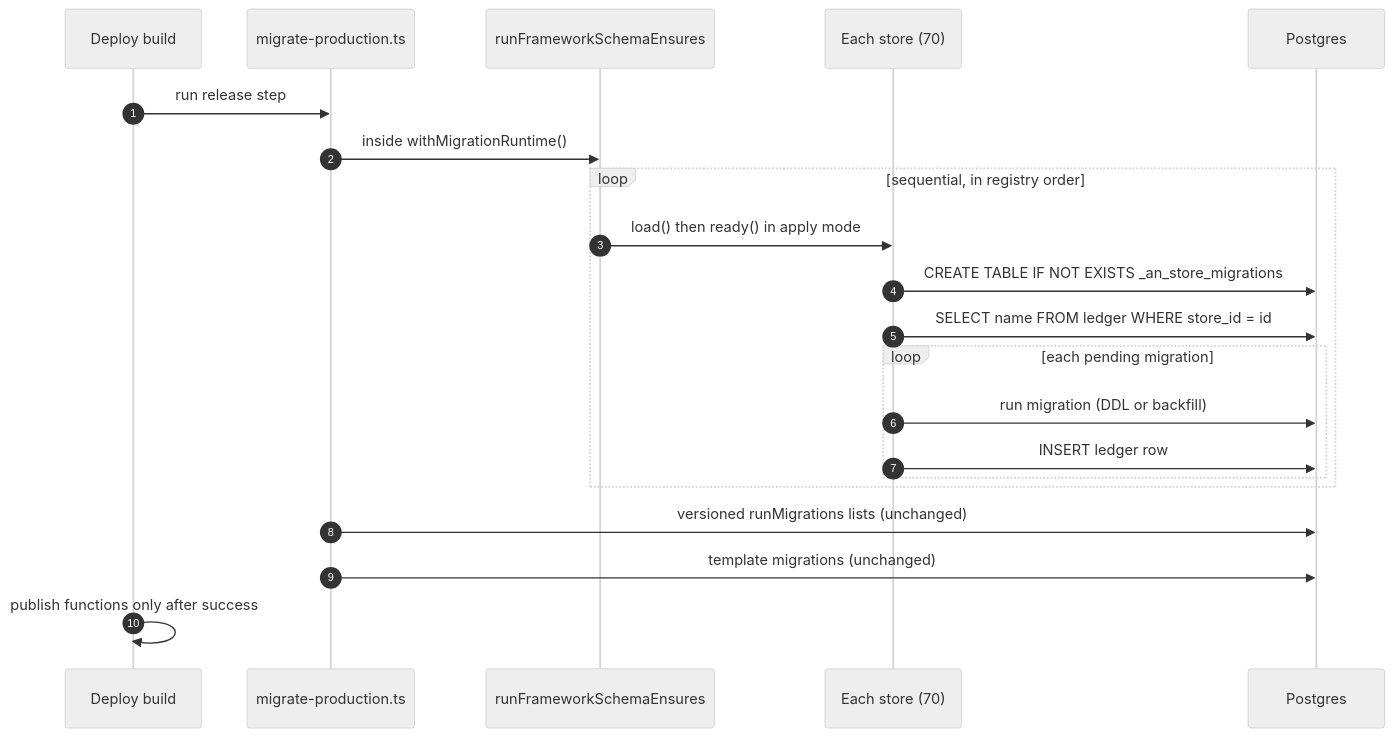
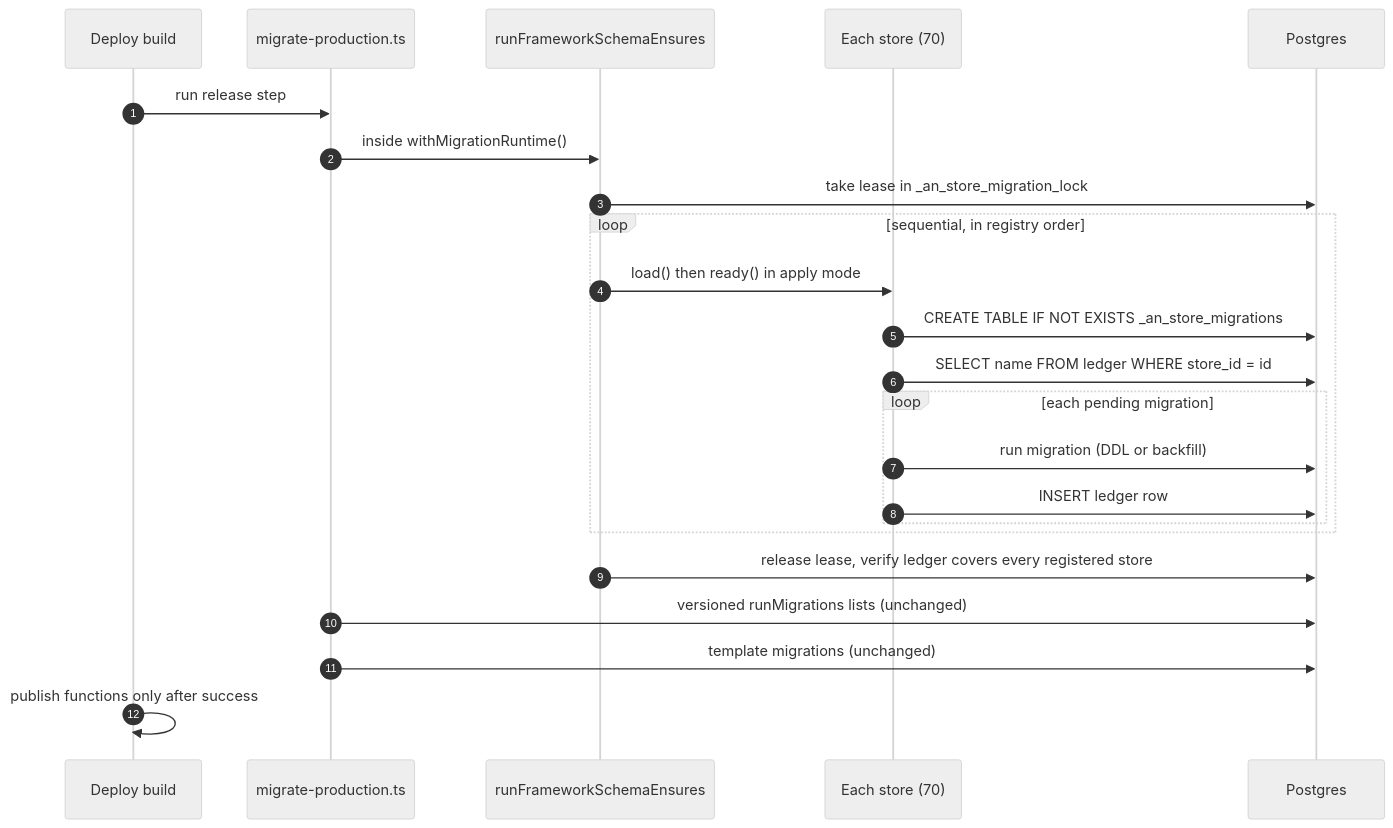
Before and after one commit to BuilderIO/agent-native: diagram 12 of 20 in docs/plans/2026-09-28-store-registry-schema-ownership.md, drawn with Mermaid (neutral theme). The commit also changed other lines of this file and 15 other files, not shown here.

First line of the commit message:
Move schema verification to the release step and add the upgrade test

````diff
--- a/docs/plans/2026-09-28-store-registry-schema-ownership.md
+++ b/docs/plans/2026-09-28-store-registry-schema-ownership.md
@@ -506,23 +510,25 @@
 ```mermaid
 sequenceDiagram
   autonumber
   participant CI as Deploy build
   participant MP as migrate-production.ts
   participant RS as runFrameworkSchemaEnsures
   participant ST as Each store (70)
   participant DB as Postgres
   CI->>MP: run release step
   MP->>RS: inside withMigrationRuntime()
+  RS->>DB: take lease in _an_store_migration_lock
   loop sequential, in registry order
     RS->>ST: load() then ready() in apply mode
     ST->>DB: CREATE TABLE IF NOT EXISTS _an_store_migrations
     ST->>DB: SELECT name FROM ledger WHERE store_id = id
     loop each pending migration
       ST->>DB: run migration (DDL or backfill)
       ST->>DB: INSERT ledger row
     end
   end
+  RS->>DB: release lease, verify ledger covers every registered store
   MP->>DB: versioned runMigrations lists (unchanged)
   MP->>DB: template migrations (unchanged)
   CI->>CI: publish functions only after success
 ```
````
